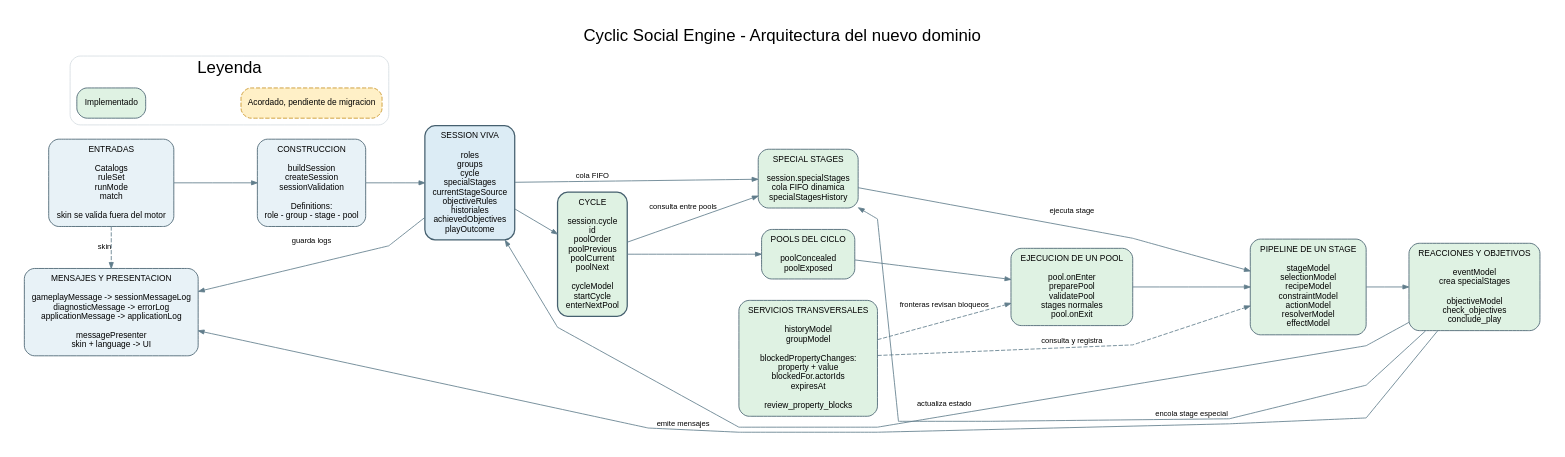
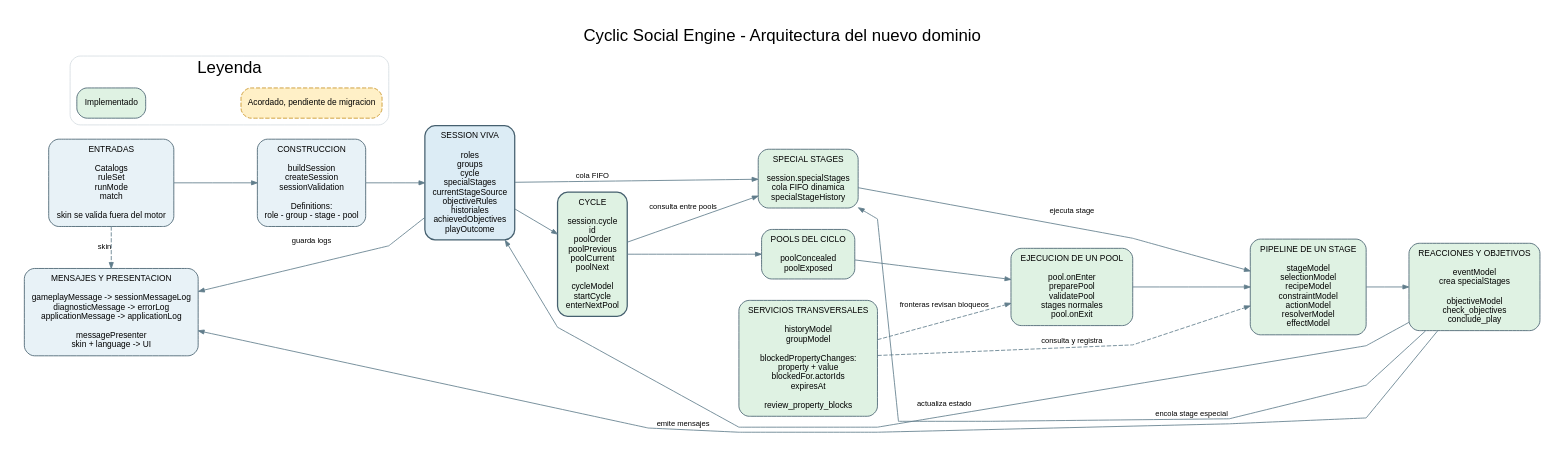
The diagram in docs/domain_architecture.dot (juanramonmorandeira/castronegro-director), drawn with Graphviz before and after one commit. The commit also changed 30 other files, not shown here.

```diff
--- a/docs/domain_architecture.dot
+++ b/docs/domain_architecture.dot
@@ -1,110 +1,110 @@
 digraph DomainArchitecture {
   graph [
     rankdir=LR,
     bgcolor="#ffffff",
     fontname="Arial",
     fontsize=20,
     label="Cyclic Social Engine - Arquitectura del nuevo dominio",
     labelloc=t,
     pad=0.3,
     nodesep=0.35,
     ranksep=0.7,
     splines=polyline,
     compound=true
   ];
 
   node [
     shape=box,
     style="rounded,filled",
     fontname="Arial",
     fontsize=10,
     margin="0.14,0.10",
     color="#46606f",
     fillcolor="#dff2e3"
   ];
 
   edge [
     color="#607d8b",
     arrowsize=0.7,
     fontname="Arial",
     fontsize=9
   ];
 
   inputs [
     label="ENTRADAS\n\nCatalogs\nruleSet\nrunMode\nmatch\n\nskin se valida fuera del motor",
     fillcolor="#e8f2f7"
   ];
 
   assembly [
     label="CONSTRUCCION\n\nbuildSession\ncreateSession\nsessionValidation\n\nDefinitions:\nrole - group - stage - pool",
     fillcolor="#e8f2f7"
   ];
 
   session [
     label="SESSION VIVA\n\nroles\ngroups\ncycle\nspecialStages\ncurrentStageSource\nobjectiveRules\nhistoriales\nachievedObjectives\nplayOutcome",
     fillcolor="#dcecf5",
     penwidth=1.5
   ];
 
   cycle [
     label="CYCLE\n\nsession.cycle\nid\npoolOrder\npoolPrevious\npoolCurrent\npoolNext\n\ncycleModel\nstartCycle\nenterNextPool",
     fillcolor="#dff2e3",
     penwidth=1.5
   ];
 
   pools [
     label="POOLS DEL CICLO\n\npoolConcealed\npoolExposed",
     fillcolor="#dff2e3"
   ];
 
   specialStages [
-    label="SPECIAL STAGES\n\nsession.specialStages\ncola FIFO dinamica\nspecialStagesHistory",
+    label="SPECIAL STAGES\n\nsession.specialStages\ncola FIFO dinamica\nspecialStageHistory",
     fillcolor="#dff2e3"
   ];
 
   poolRuntime [
     label="EJECUCION DE UN POOL\n\npool.onEnter\npreparePool\nvalidatePool\nstages normales\npool.onExit",
     fillcolor="#dff2e3"
   ];
 
   stagePipeline [
     label="PIPELINE DE UN STAGE\n\nstageModel\nselectionModel\nrecipeModel\nconstraintModel\nactionModel\nresolverModel\neffectModel",
     fillcolor="#dff2e3"
   ];
 
   reactions [
     label="REACCIONES Y OBJETIVOS\n\neventModel\ncrea specialStages\n\nobjectiveModel\ncheck_objectives\nconclude_play",
     fillcolor="#dff2e3"
   ];
 
   services [
     label="SERVICIOS TRANSVERSALES\n\nhistoryModel\ngroupModel\n\nblockedPropertyChanges:\nproperty + value\nblockedFor.actorIds\nexpiresAt\n\nreview_property_blocks",
     fillcolor="#dff2e3"
   ];
 
   messages [
     label="MENSAJES Y PRESENTACION\n\ngameplayMessage -> sessionMessageLog\ndiagnosticMessage -> errorLog\napplicationMessage -> applicationLog\n\nmessagePresenter\nskin + language -> UI",
     fillcolor="#e8f2f7"
   ];
 
   inputs -> assembly -> session -> cycle -> pools -> poolRuntime -> stagePipeline -> reactions;
   session -> specialStages [label="cola FIFO"];
   cycle -> specialStages [label="consulta entre pools"];
   specialStages -> stagePipeline [label="ejecuta stage"];
   reactions -> session [label="actualiza estado", constraint=false];
   reactions -> specialStages [label="encola stage especial", constraint=false];
   reactions -> messages [label="emite mensajes", constraint=false];
   session -> messages [label="guarda logs", constraint=false];
   inputs -> messages [label="skin", style=dashed, constraint=false];
   services -> stagePipeline [label="consulta y registra", style=dashed];
   services -> poolRuntime [label="fronteras revisan bloqueos", style=dashed];
 
   subgraph cluster_legend {
     label="Leyenda";
     color="#d5dde2";
     style="rounded";
     implemented [label="Implementado", fillcolor="#dff2e3"];
     agreed [label="Acordado, pendiente de migracion", fillcolor="#fff0c7", style="rounded,filled,dashed", color="#c89223"];
     implemented -> agreed [style=invis];
   }
 }
```
